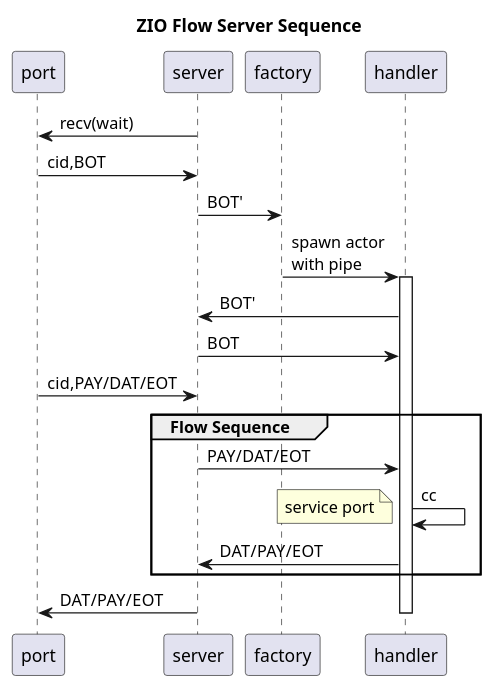
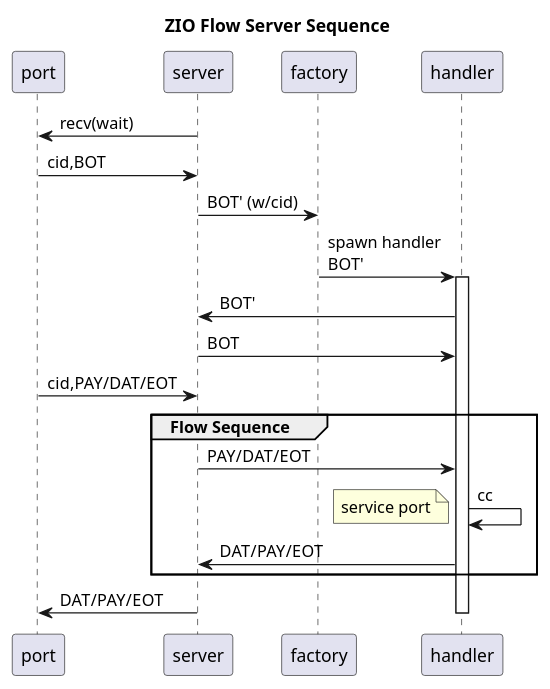
The diagram in docs/flow-server-credit.plantuml (brettviren/zio), drawn with PlantUML before and after one commit. The commit also changed 63 other files, not shown here.

```diff
--- a/docs/flow-server-credit.plantuml
+++ b/docs/flow-server-credit.plantuml
@@ -1,27 +1,27 @@
 @startuml
 title ZIO Flow Server Sequence
 participant "port" as port
 participant "server" as sc
 participant "factory" as factory
 participant "handler" as app
 
 sc -> port : recv(wait)
 port -> sc : cid,BOT
-sc -> factory : BOT'
-factory -> app : spawn actor\nwith pipe
+sc -> factory : BOT' (w/cid)
+factory -> app : spawn handler\nBOT'
 activate app
-        app -> sc : BOT'
+        app -> sc : BOT' 
         sc -> app : BOT
 
         port -> sc : cid,PAY/DAT/EOT
         group Flow Sequence
                 sc -> app : PAY/DAT/EOT
                 app -> app : cc
                 note left
                         service port
                 end note
                 app -> sc : DAT/PAY/EOT
         end
         sc -> port : DAT/PAY/EOT
 deactivate app
 @enduml
```
